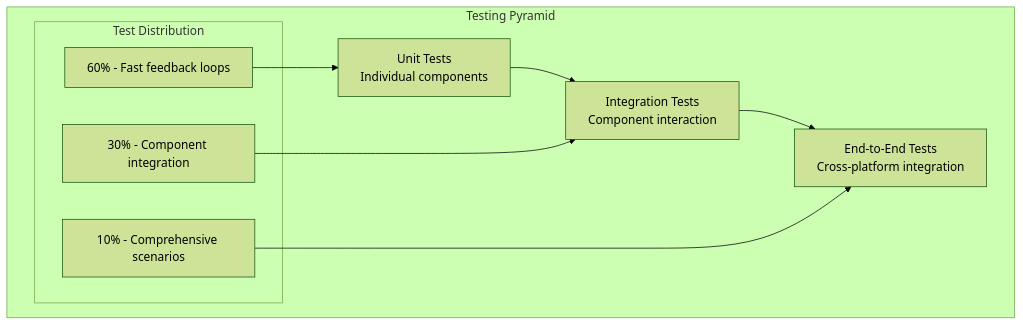
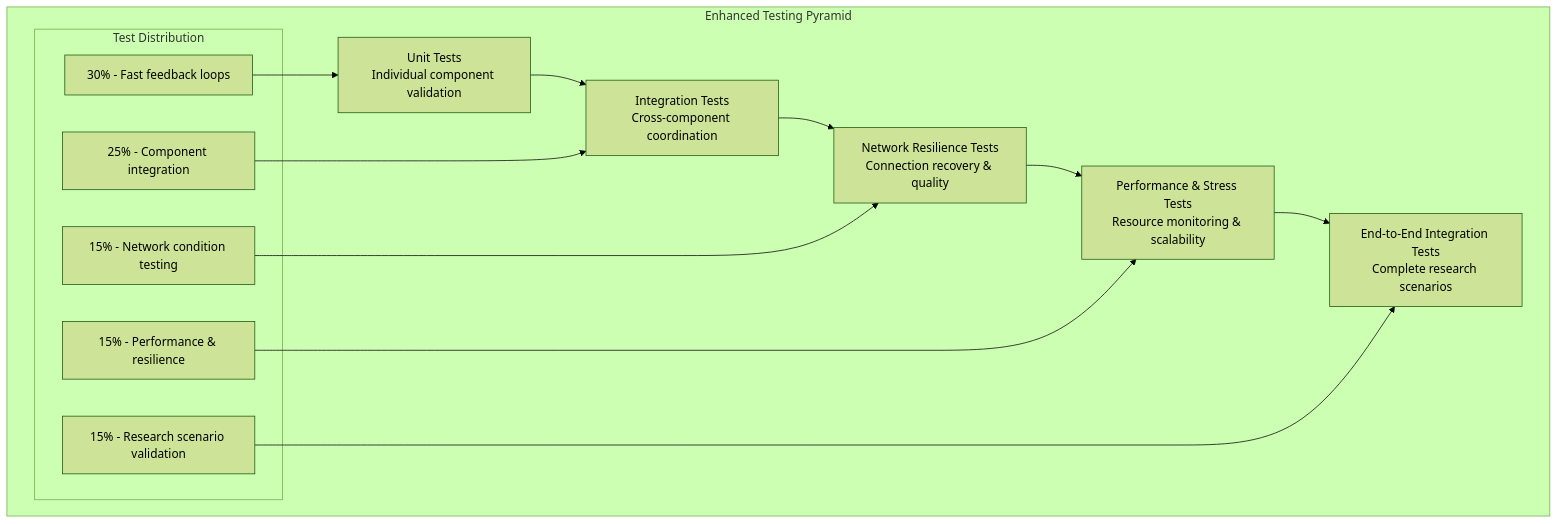
The first of 7 diagrams in docs/comprehensive/pc-android-testing-guide.md (buccancs/fyp-multi-sensor-recording-system), drawn with Mermaid (forest theme) before and after one commit. The commit also changed other lines of this file and 18 other files, not shown here.

Commit message:
Extend testing capabilities with advanced validation and enhance documentation

````diff
--- a/docs/comprehensive/pc-android-testing-guide.md
+++ b/docs/comprehensive/pc-android-testing-guide.md
@@ -48,21 +48,29 @@
 ```mermaid
 graph TB
-    subgraph "Testing Pyramid"
-        E2E[End-to-End Tests<br/>Cross-platform integration]
-        INT[Integration Tests<br/>Component interaction]
-        UNIT[Unit Tests<br/>Individual components]
+    subgraph "Enhanced Testing Pyramid"
+        E2E[End-to-End Integration Tests<br/>Complete research scenarios]
+        STRESS[Performance & Stress Tests<br/>Resource monitoring & scalability]
+        NET[Network Resilience Tests<br/>Connection recovery & quality]
+        INT[Integration Tests<br/>Cross-component coordination]
+        UNIT[Unit Tests<br/>Individual component validation]
         
         subgraph "Test Distribution"
-            E2E_COUNT[10% - Comprehensive scenarios]
-            INT_COUNT[30% - Component integration]
-            UNIT_COUNT[60% - Fast feedback loops]
+            E2E_COUNT[15% - Research scenario validation]
+            STRESS_COUNT[15% - Performance & resilience]
+            NET_COUNT[15% - Network condition testing]
+            INT_COUNT[25% - Component integration]
+            UNIT_COUNT[30% - Fast feedback loops]
         end
         
         UNIT --> INT
-        INT --> E2E
+        INT --> NET
+        NET --> STRESS
+        STRESS --> E2E
         
         UNIT_COUNT --> UNIT
         INT_COUNT --> INT
+        NET_COUNT --> NET
+        STRESS_COUNT --> STRESS
         E2E_COUNT --> E2E
     end
 ```
````
